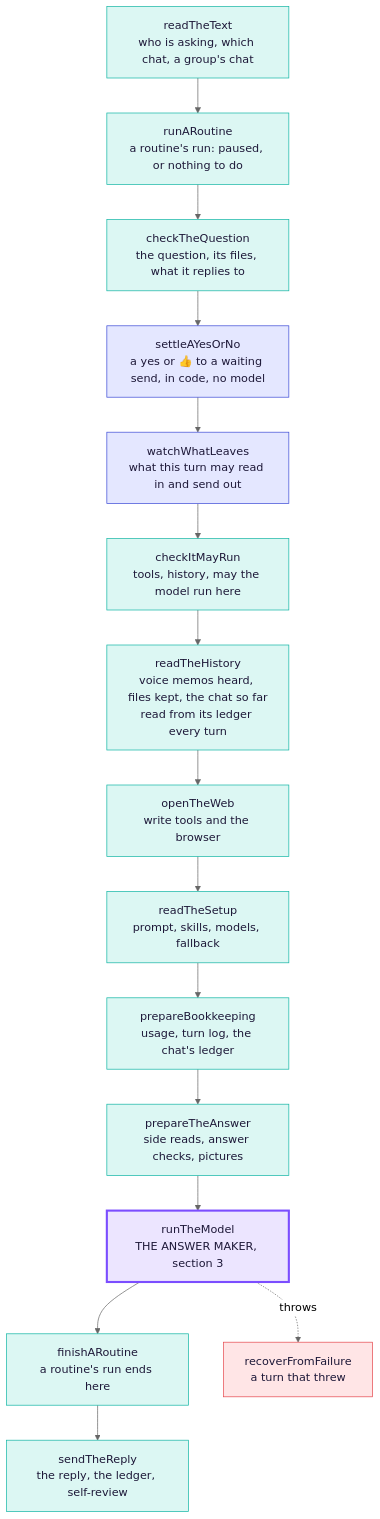
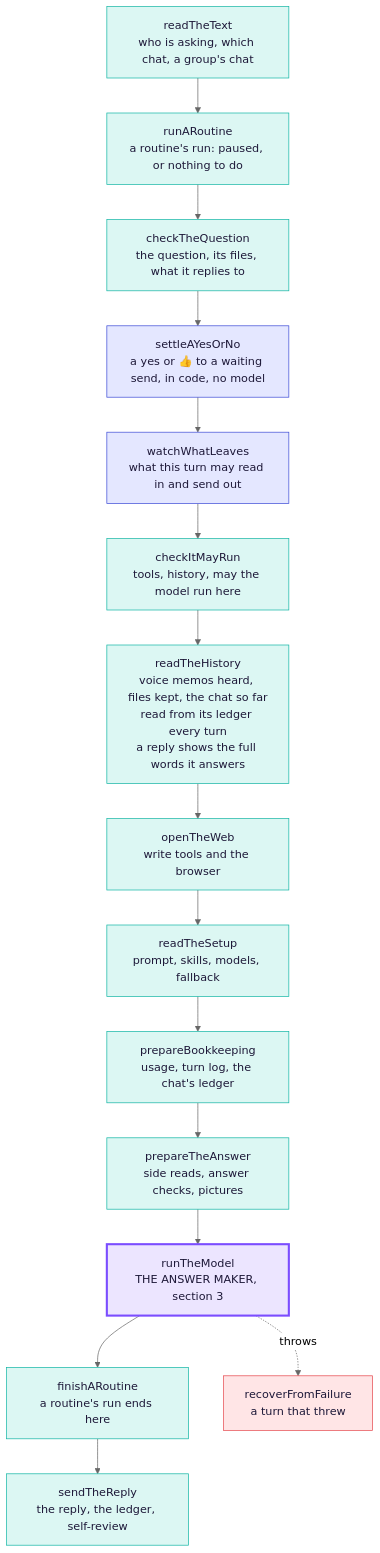
One commit to Supa-Media/context changed the second of 3 diagrams in docs/architecture/tex.md. Above: the diagram before and after it, drawn with Mermaid (neutral theme). The commit also changed other lines of this file and 21 other files, not shown here.

First line of the commit message:
Log a Tex reply with the id and full words of the message it answers (#3048)

````diff
--- a/docs/architecture/tex.md
+++ b/docs/architecture/tex.md
@@ -80,24 +80,24 @@
 ```mermaid
 flowchart TB
   readTheText["readTheText<br/>who is asking, which chat, a group's chat"]:::step
   runARoutine["runARoutine<br/>a routine's run: paused, or nothing to do"]:::step
   checkTheQuestion["checkTheQuestion<br/>the question, its files, what it replies to"]:::step
   settleAYesOrNo["settleAYesOrNo<br/>a yes or 👍 to a waiting send, in code, no model"]:::rail
   watchWhatLeaves["watchWhatLeaves<br/>what this turn may read in and send out"]:::rail
   checkItMayRun["checkItMayRun<br/>tools, history, may the model run here"]:::step
-  readTheHistory["readTheHistory<br/>voice memos heard, files kept, the chat so far<br/>read from its ledger every turn"]:::step
+  readTheHistory["readTheHistory<br/>voice memos heard, files kept, the chat so far<br/>read from its ledger every turn<br/>a reply shows the full words it answers"]:::step
   openTheWeb["openTheWeb<br/>write tools and the browser"]:::step
   readTheSetup["readTheSetup<br/>prompt, skills, models, fallback"]:::step
   prepareBookkeeping["prepareBookkeeping<br/>usage, turn log, the chat's ledger"]:::step
   prepareTheAnswer["prepareTheAnswer<br/>side reads, answer checks, pictures"]:::step
   runTheModel["runTheModel<br/>THE ANSWER MAKER, section 3"]:::model
   finishARoutine["finishARoutine<br/>a routine's run ends here"]:::step
   sendTheReply["sendTheReply<br/>the reply, the ledger, self-review"]:::step
   recoverFromFailure["recoverFromFailure<br/>a turn that threw"]:::fail
   readTheText --> runARoutine --> checkTheQuestion --> settleAYesOrNo --> watchWhatLeaves --> checkItMayRun --> readTheHistory --> openTheWeb --> readTheSetup --> prepareBookkeeping --> prepareTheAnswer --> runTheModel --> finishARoutine --> sendTheReply
   runTheModel -. throws .-> recoverFromFailure
   classDef step fill:#dcf7f3,stroke:#11b5a4,color:#1d1838
   classDef rail fill:#e4e7ff,stroke:#3c4bd6,color:#1d1838
   classDef model fill:#ece5ff,stroke:#7b4dff,stroke-width:3px,color:#1d1838
   classDef fail fill:#ffe5e6,stroke:#e5484d,color:#1d1838
 ```
````
